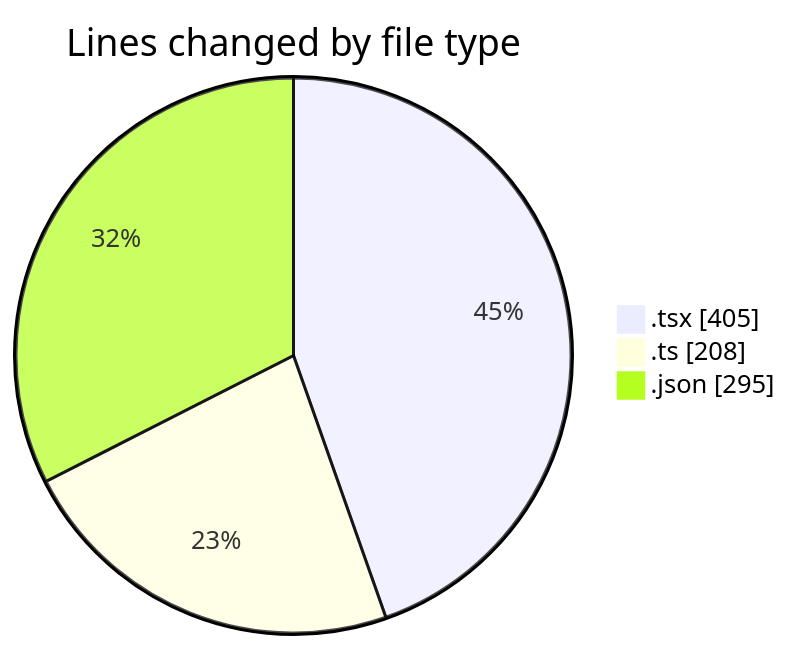
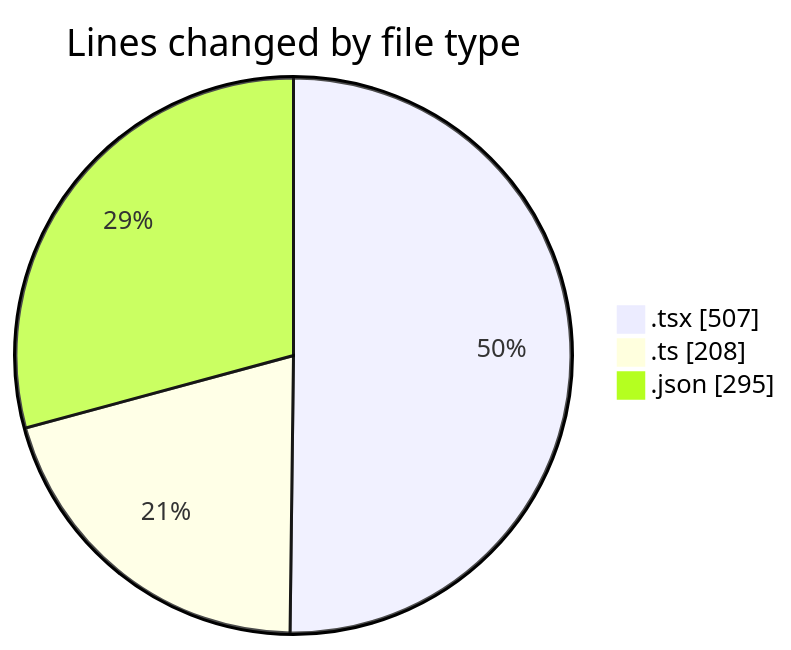
Before and after one commit to julien-gomy/code-tracking: the first of 2 diagrams in 2025-10-09/eventscop-frontend-guide__workspace_/README.md, drawn with Mermaid. The commit also changed other lines of this file and 1 other file, not shown here.

````diff
--- a/2025-10-09/eventscop-frontend-guide__workspace_/README.md
+++ b/2025-10-09/eventscop-frontend-guide__workspace_/README.md
@@ -25,7 +26,7 @@
 ```mermaid
 pie showData
 title Lines changed by file type
-".tsx" : 405
+".tsx" : 507
 ".ts" : 208
 ".json" : 295
 ```
````
